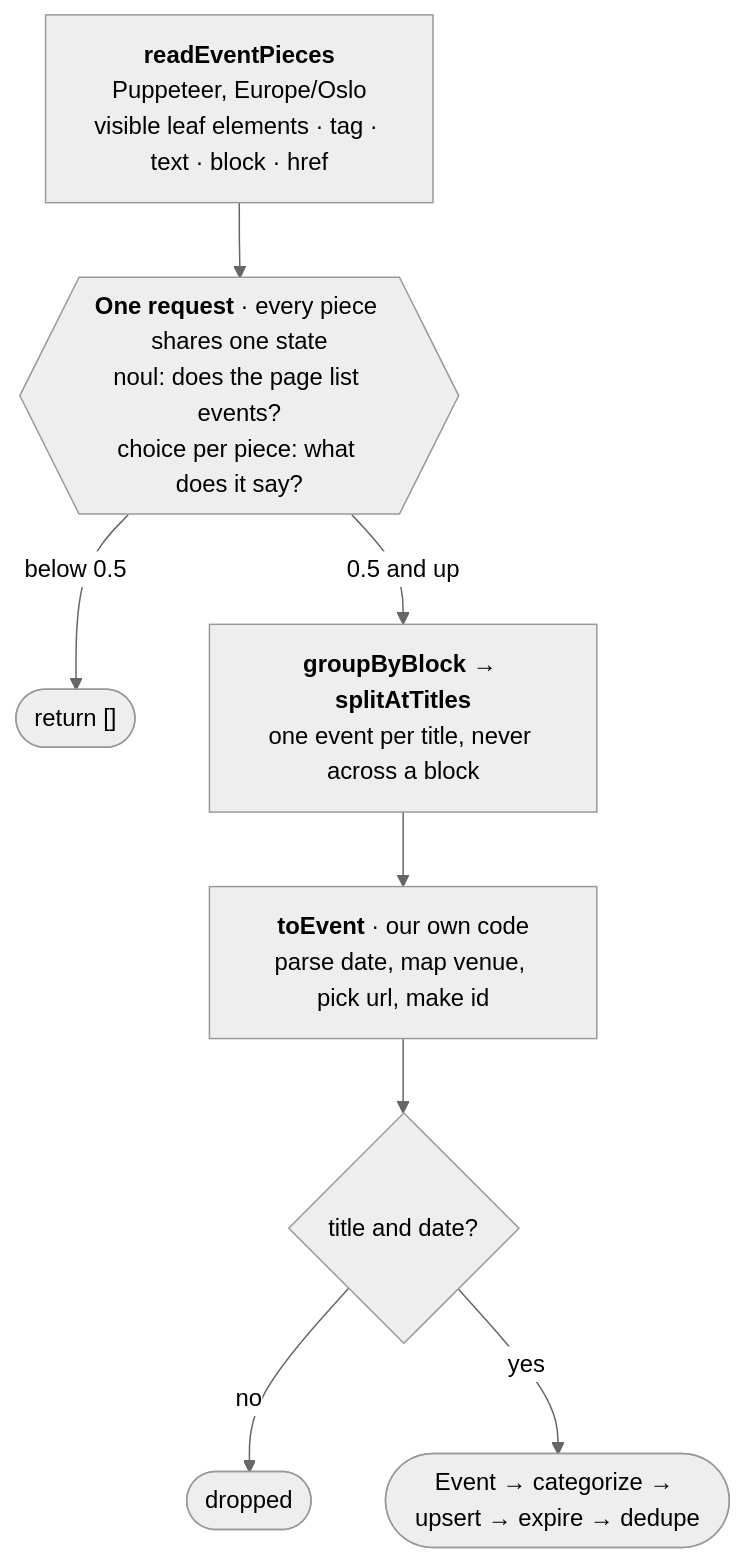
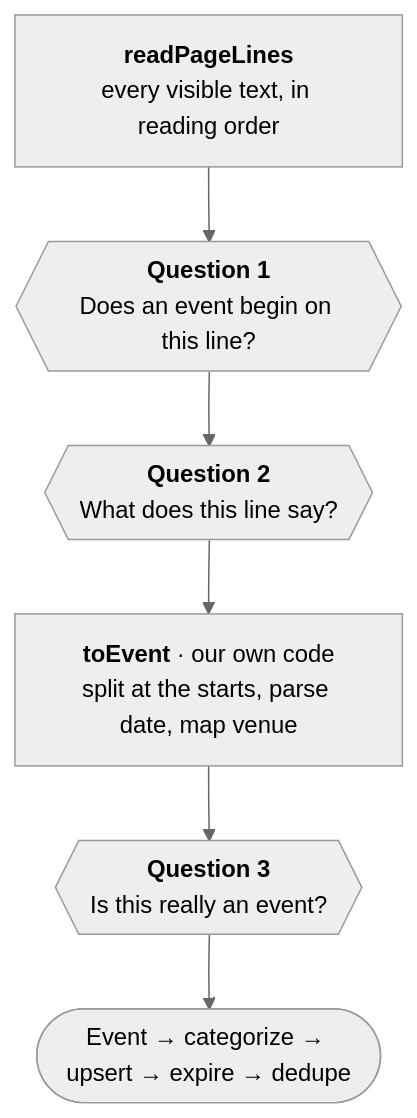
One commit to Monticulos/bro-arr changed the diagram in collector/PUPPETEER.md. Above: the diagram before and after it, drawn with Mermaid (neutral theme). The commit also changed other lines of this file and 7 other files, not shown here.

Commit message:
Read each source page as lines and ask three plain questions

````diff
--- a/collector/PUPPETEER.md
+++ b/collector/PUPPETEER.md
@@ -9,18 +10,17 @@
 ```mermaid
 flowchart TD
-    Read["<b>readEventPieces</b><br/>Puppeteer, Europe/Oslo<br/>visible leaf elements · tag · text · block · href"]
-    Read --> Ask
+    Read["<b>readPageLines</b><br/>every visible text, in reading order"]
+    Read --> Starts
 
-    Ask{{"<b>One request</b> · every piece shares one state<br/>noul: does the page list events?<br/>choice per piece: what does it say?"}}
-    Ask -->|"below 0.5"| Nothing(["return []"])
-    Ask -->|"0.5 and up"| Split
+    Starts{{"<b>Question 1</b><br/>Does an event begin on this line?"}}
+    Starts --> Says
 
-    Split["<b>groupByBlock → splitAtTitles</b><br/>one event per title, never across a block"]
-    Split --> Build
+    Says{{"<b>Question 2</b><br/>What does this line say?"}}
+    Says --> Build
 
-    Build["<b>toEvent</b> · our own code<br/>parse date, map venue, pick url, make id"]
-    Build --> Keep{"title and date?"}
+    Build["<b>toEvent</b> · our own code<br/>split at the starts, parse date, map venue"]
+    Build --> Real
 
-    Keep -->|no| Drop(["dropped"])
-    Keep -->|yes| Done(["Event → categorize → upsert → expire → dedupe"])
+    Real{{"<b>Question 3</b><br/>Is this really an event?"}}
+    Real --> Done(["Event → categorize → upsert → expire → dedupe"])
 ```
````
